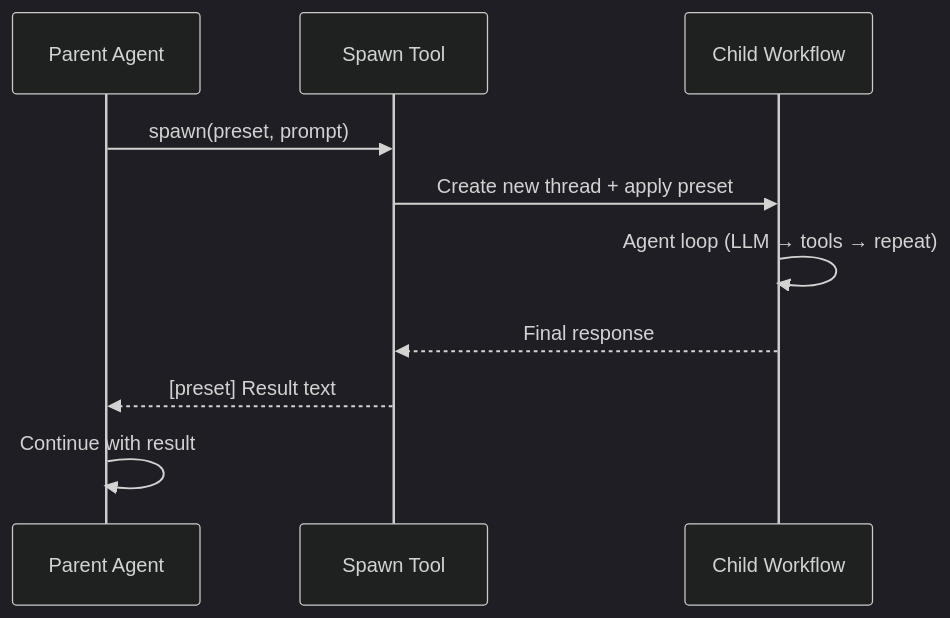
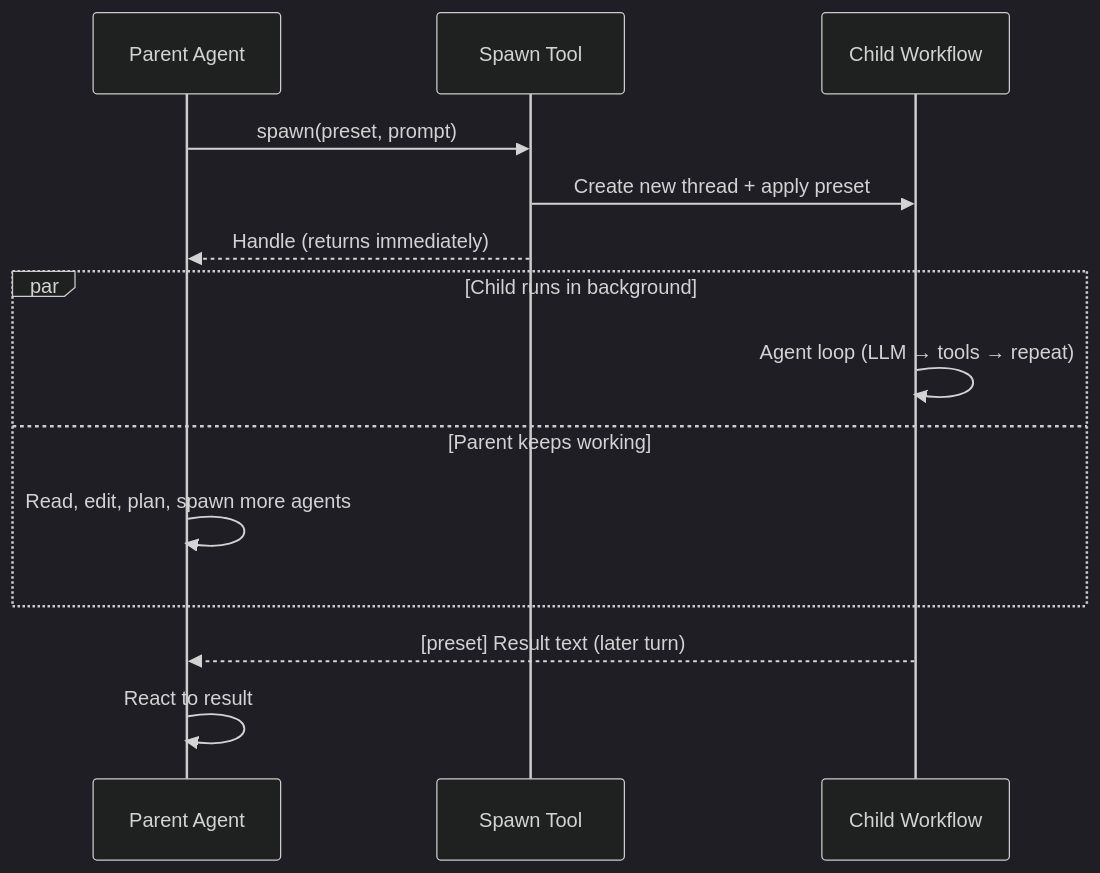
One commit to reliant-labs/reliant changed the diagram in docs/workflows/spawn.mdx. Above: the diagram before and after it, drawn with Mermaid (dark theme). The commit also changed other lines of this file and 11 other files, not shown here.

````diff
--- a/docs/workflows/spawn.mdx
+++ b/docs/workflows/spawn.mdx
@@ -34,12 +37,16 @@
 ```mermaid
 sequenceDiagram
     participant P as Parent Agent
     participant S as Spawn Tool
     participant C as Child Workflow
     P->>S: spawn(preset, prompt)
     S->>C: Create new thread + apply preset
-    C->>C: Agent loop (LLM → tools → repeat)
-    C-->>S: Final response
-    S-->>P: [preset] Result text
-    P->>P: Continue with result
+    S-->>P: Handle (returns immediately)
+    par Child runs in background
+        C->>C: Agent loop (LLM → tools → repeat)
+    and Parent keeps working
+        P->>P: Read, edit, plan, spawn more agents
+    end
+    C-->>P: [preset] Result text (later turn)
+    P->>P: React to result
 ```
````
